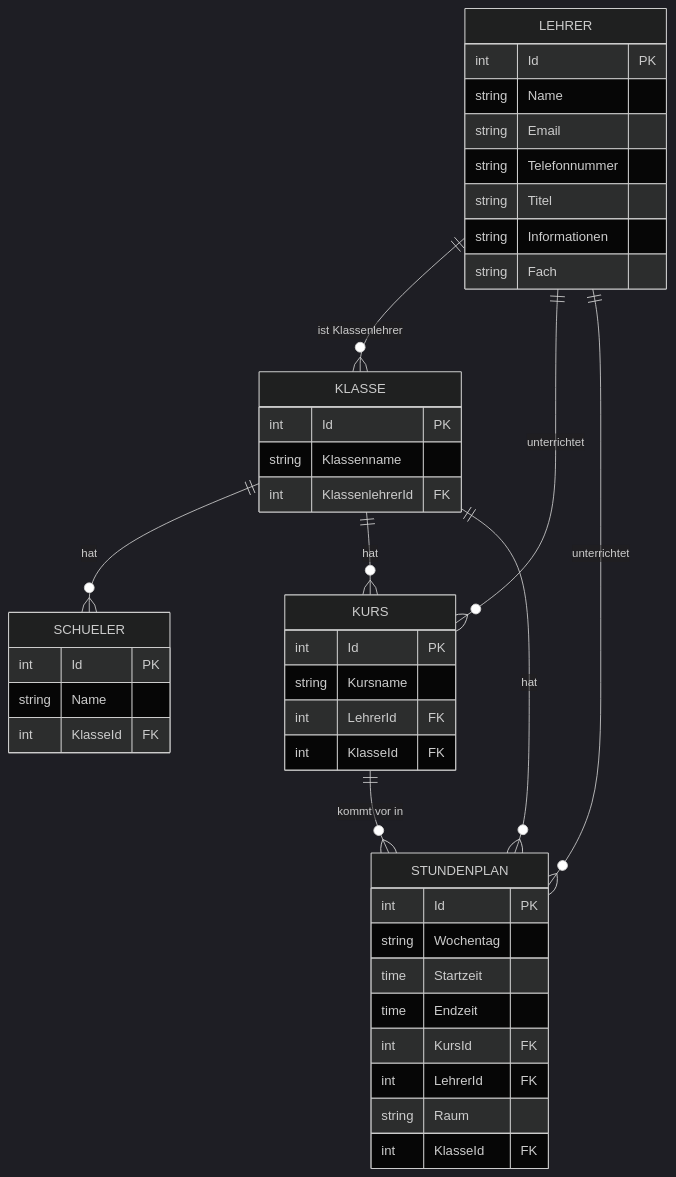
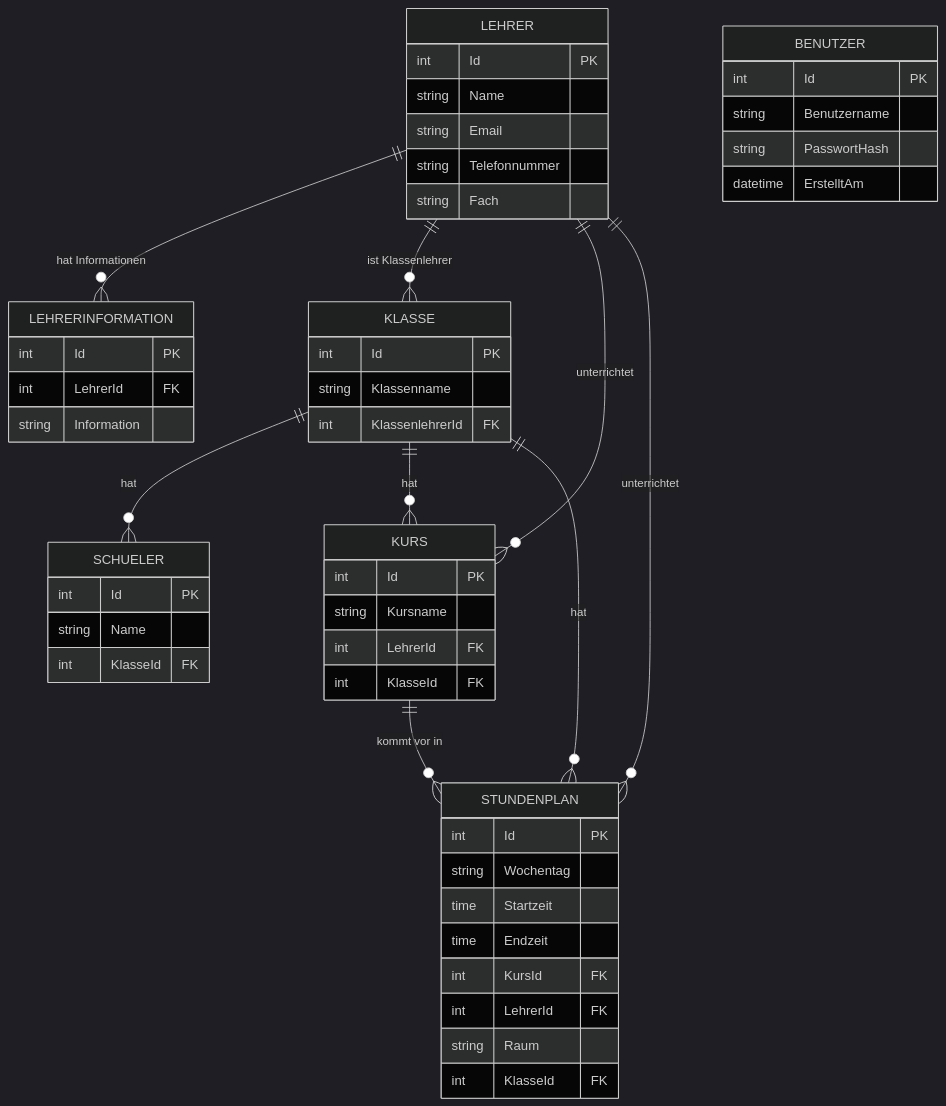
The diagram in README.md (FionnLaesser/SchulApp), drawn with Mermaid (dark theme) before and after one commit. The commit also changed other lines of this file and 3 other files, not shown here.

````diff
--- a/README.md
+++ b/README.md
@@ -124,51 +240,63 @@
 ```mermaid
 erDiagram
 
     SCHUELER {
         int Id PK
         string Name
         int KlasseId FK
     }
 
     LEHRER {
         int Id PK
         string Name
         string Email
         string Telefonnummer
-        string Titel
-        string Informationen
         string Fach
+    }
+
+    LEHRERINFORMATION {
+        int Id PK
+        int LehrerId FK
+        string Information
     }
 
     KLASSE {
         int Id PK
         string Klassenname
         int KlassenlehrerId FK
     }
 
     KURS {
         int Id PK
         string Kursname
         int LehrerId FK
         int KlasseId FK
     }
 
     STUNDENPLAN {
         int Id PK
         string Wochentag
         time Startzeit
         time Endzeit
         int KursId FK
         int LehrerId FK
         string Raum
         int KlasseId FK
     }
 
+    BENUTZER {
+        int Id PK
+        string Benutzername
+        string PasswortHash
+        datetime ErstelltAm
+    }
+
     KLASSE ||--o{ SCHUELER : "hat"
+    LEHRER ||--o{ LEHRERINFORMATION : "hat Informationen"
     LEHRER ||--o{ KLASSE : "ist Klassenlehrer"
     LEHRER ||--o{ KURS : "unterrichtet"
     KLASSE ||--o{ KURS : "hat"
     KURS ||--o{ STUNDENPLAN : "kommt vor in"
     LEHRER ||--o{ STUNDENPLAN : "unterrichtet"
     KLASSE ||--o{ STUNDENPLAN : "hat"
 ```
````
